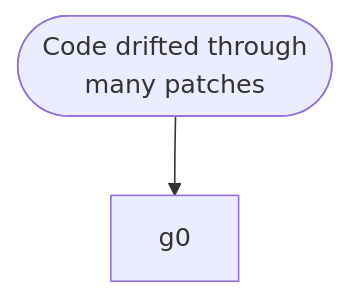
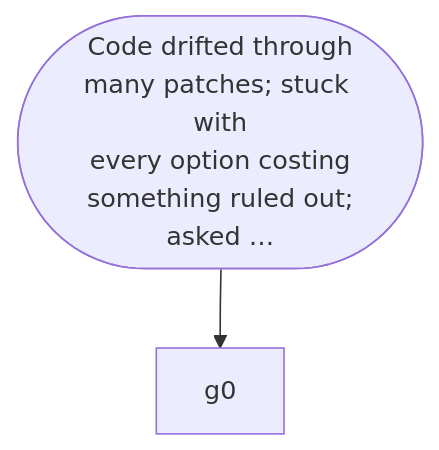
Diagram 13 of 16 in docs/graphs.md (nitedani/mergeworthy), drawn with Mermaid before and after one commit. The commit also changed other lines of this file and 13 other files, not shown here.

````diff
--- a/docs/graphs.md
+++ b/docs/graphs.md
@@ -303,5 +353,5 @@
 ```mermaid
 flowchart TB
-  start(["Code drifted through<br/>many patches"])
+  start(["Code drifted through<br/>many patches; stuck with<br/>every option costing<br/>something ruled out;<br/>asked …"])
   start --> g0
 ```
````
